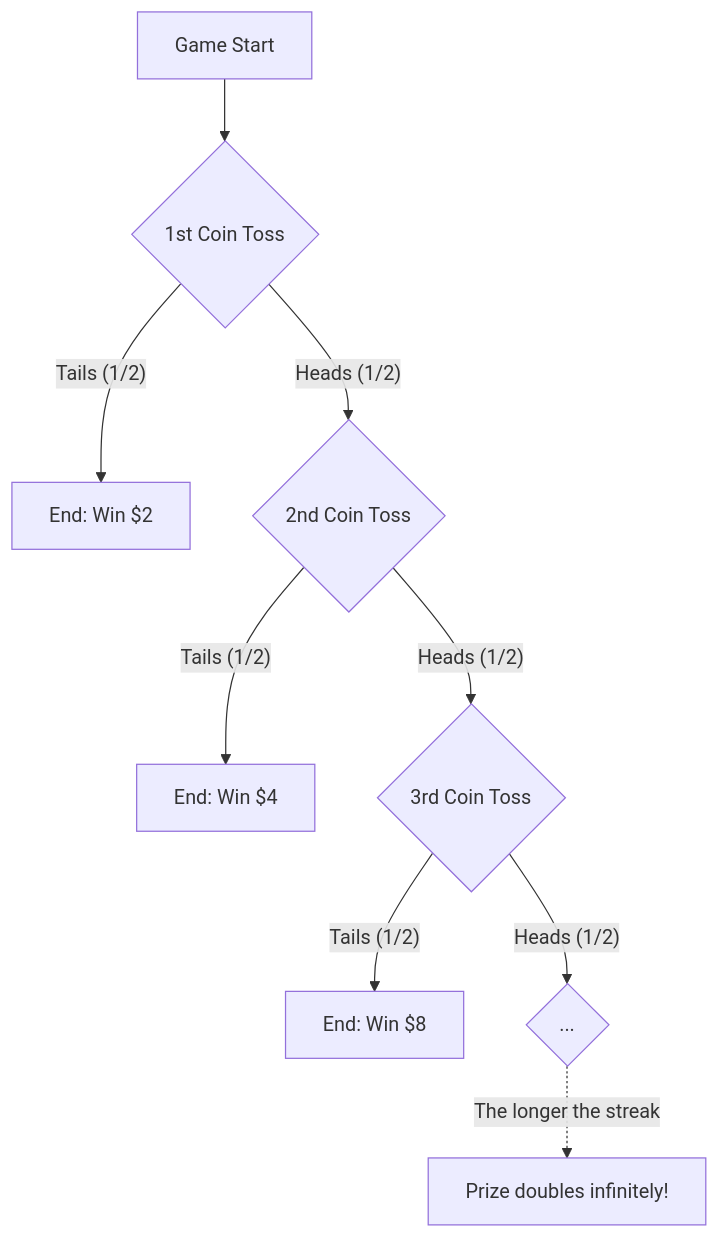
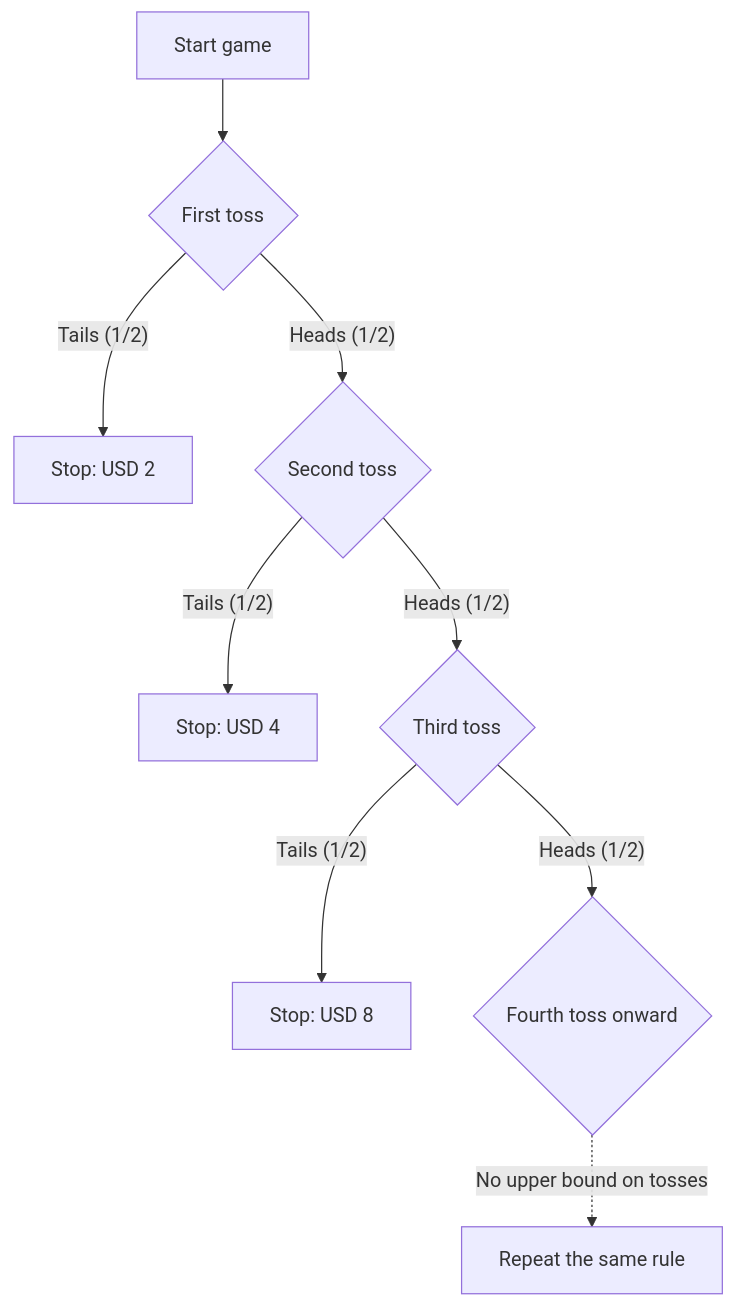
Before and after one commit to kenjinote/blog: the diagram in content/post/サンクトペテルブルクのパラドックス/index.en.md, drawn with Mermaid. The commit also changed other lines of this file and 10 other files, not shown here.

````diff
--- a/content/post/サンクトペテルブルクのパラドックス/index.en.md
+++ b/content/post/サンクトペテルブルクのパラドックス/index.en.md
@@ -33,15 +32,11 @@
 ```mermaid
 graph TD
-    Start["Game Start"] --> Toss1{"1st Coin Toss"}
-    
-    Toss1 -->|"Tails (1/2)"| End1["End: Win $2"]
-    Toss1 -->|"Heads (1/2)"| Toss2{"2nd Coin Toss"}
-    
-    Toss2 -->|"Tails (1/2)"| End2["End: Win $4"]
-    Toss2 -->|"Heads (1/2)"| Toss3{"3rd Coin Toss"}
-    
-    Toss3 -->|"Tails (1/2)"| End3["End: Win $8"]
-    Toss3 -->|"Heads (1/2)"| Toss4{"..."}
-    
-    Toss4 -.->|"The longer the streak"| Infinite["Prize doubles infinitely!"]
+    Start["Start game"] --> Toss1{"First toss"}
+    Toss1 -->|"Tails (1/2)"| End1["Stop: USD 2"]
+    Toss1 -->|"Heads (1/2)"| Toss2{"Second toss"}
+    Toss2 -->|"Tails (1/2)"| End2["Stop: USD 4"]
+    Toss2 -->|"Heads (1/2)"| Toss3{"Third toss"}
+    Toss3 -->|"Tails (1/2)"| End3["Stop: USD 8"]
+    Toss3 -->|"Heads (1/2)"| Toss4{"Fourth toss onward"}
+    Toss4 -.->|"No upper bound on tosses"| Continue["Repeat the same rule"]
 ```
````
